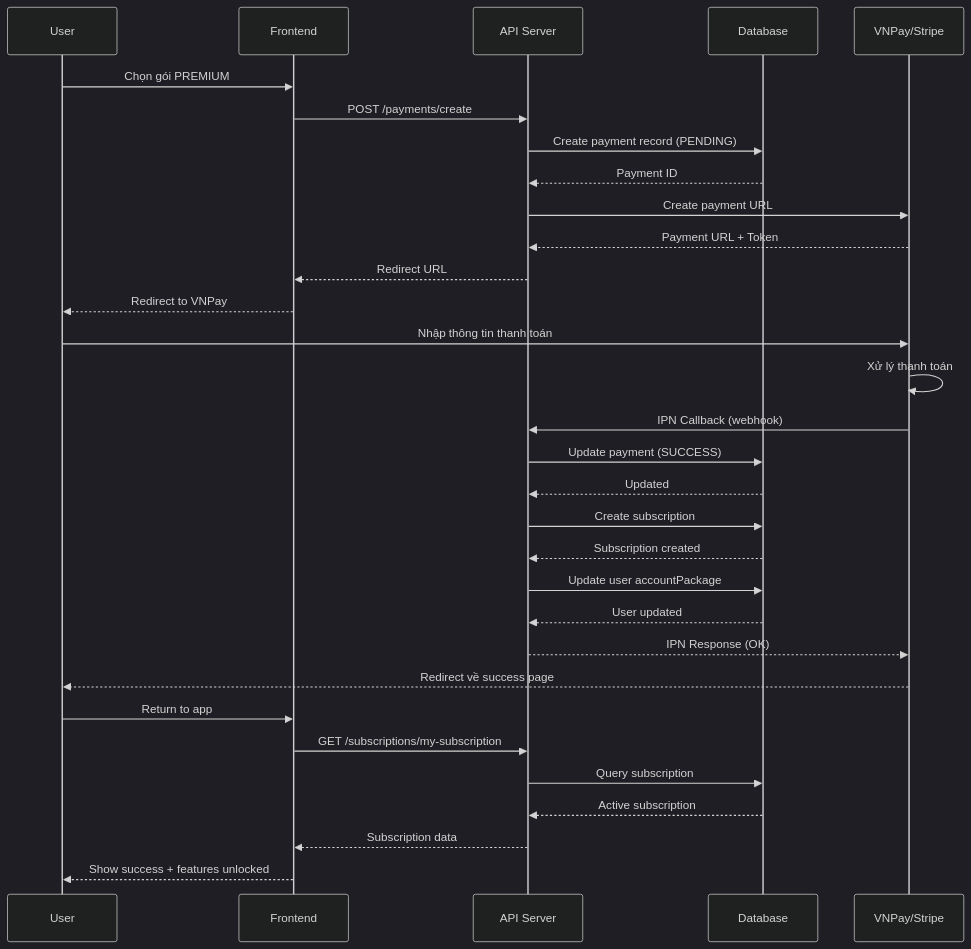
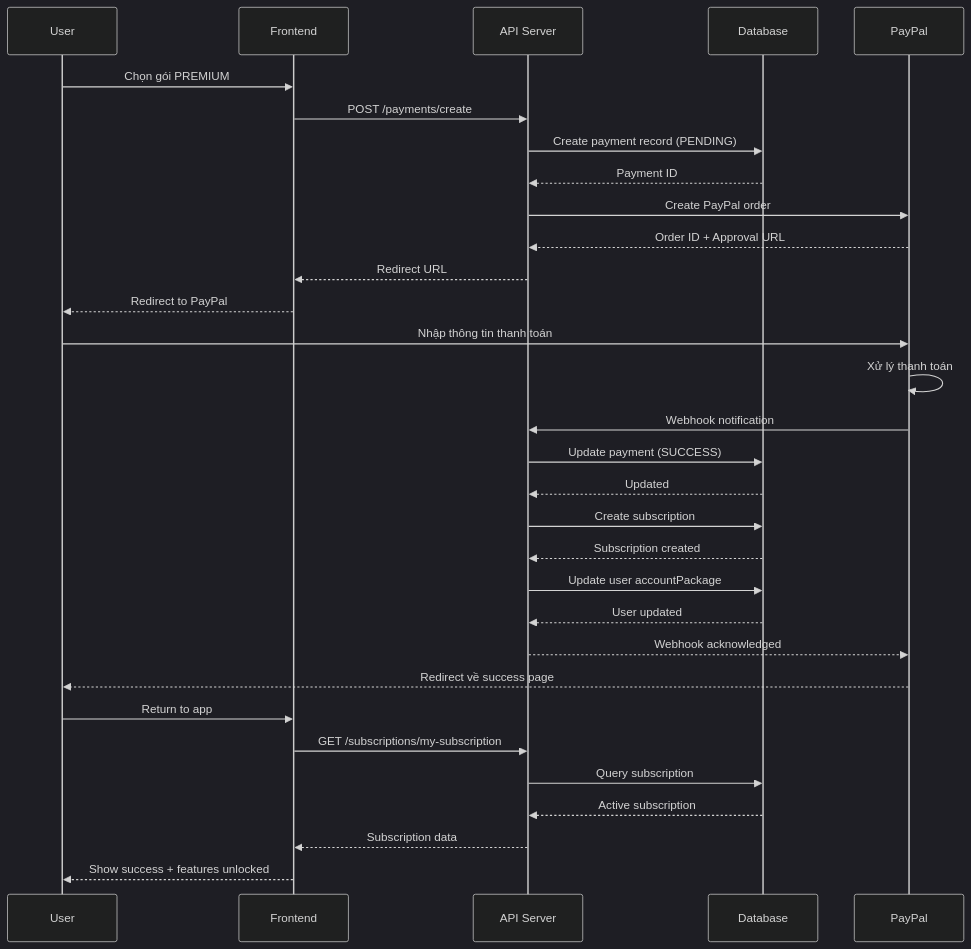
The fourth of 5 diagrams in BUSINESS_REQUIREMENTS.md (chienlb/happy-cat-api), drawn with Mermaid (dark theme) before and after one commit. The commit also changed other lines of this file and 7 other files, not shown here.

First line of the commit message:
feat(payments): migrate from VNPay to PayPal for payment processing

````diff
--- a/BUSINESS_REQUIREMENTS.md
+++ b/BUSINESS_REQUIREMENTS.md
@@ -560,36 +560,36 @@
 ```mermaid
 sequenceDiagram
     participant U as User
     participant FE as Frontend
     participant API as API Server
     participant DB as Database
-    participant VNP as VNPay/Stripe
+    participant PP as PayPal
     
     U->>FE: Chọn gói PREMIUM
     FE->>API: POST /payments/create
     API->>DB: Create payment record (PENDING)
     DB-->>API: Payment ID
-    API->>VNP: Create payment URL
-    VNP-->>API: Payment URL + Token
+    API->>PP: Create PayPal order
+    PP-->>API: Order ID + Approval URL
     API-->>FE: Redirect URL
-    FE-->>U: Redirect to VNPay
+    FE-->>U: Redirect to PayPal
     
-    U->>VNP: Nhập thông tin thanh toán
-    VNP->>VNP: Xử lý thanh toán
-    VNP->>API: IPN Callback (webhook)
+    U->>PP: Nhập thông tin thanh toán
+    PP->>PP: Xử lý thanh toán
+    PP->>API: Webhook notification
     API->>DB: Update payment (SUCCESS)
     DB-->>API: Updated
     API->>DB: Create subscription
     DB-->>API: Subscription created
     API->>DB: Update user accountPackage
     DB-->>API: User updated
-    API-->>VNP: IPN Response (OK)
+    API-->>PP: Webhook acknowledged
     
-    VNP-->>U: Redirect về success page
+    PP-->>U: Redirect về success page
     U->>FE: Return to app
     FE->>API: GET /subscriptions/my-subscription
     API->>DB: Query subscription
     DB-->>API: Active subscription
     API-->>FE: Subscription data
     FE-->>U: Show success + features unlocked
 ```
````
